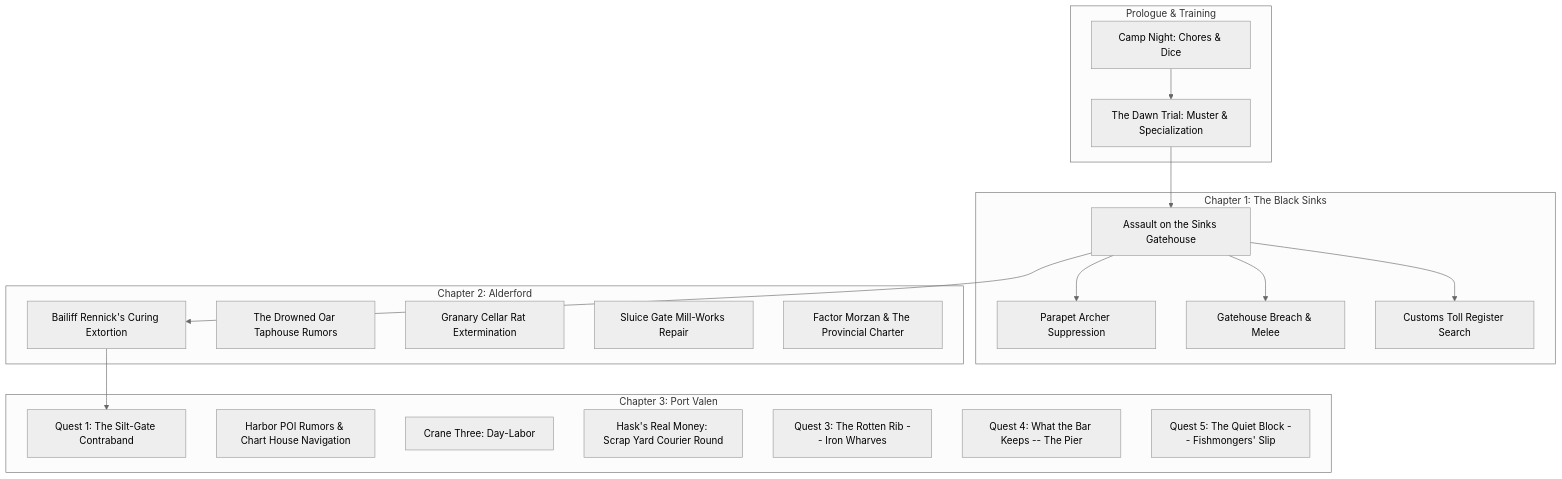
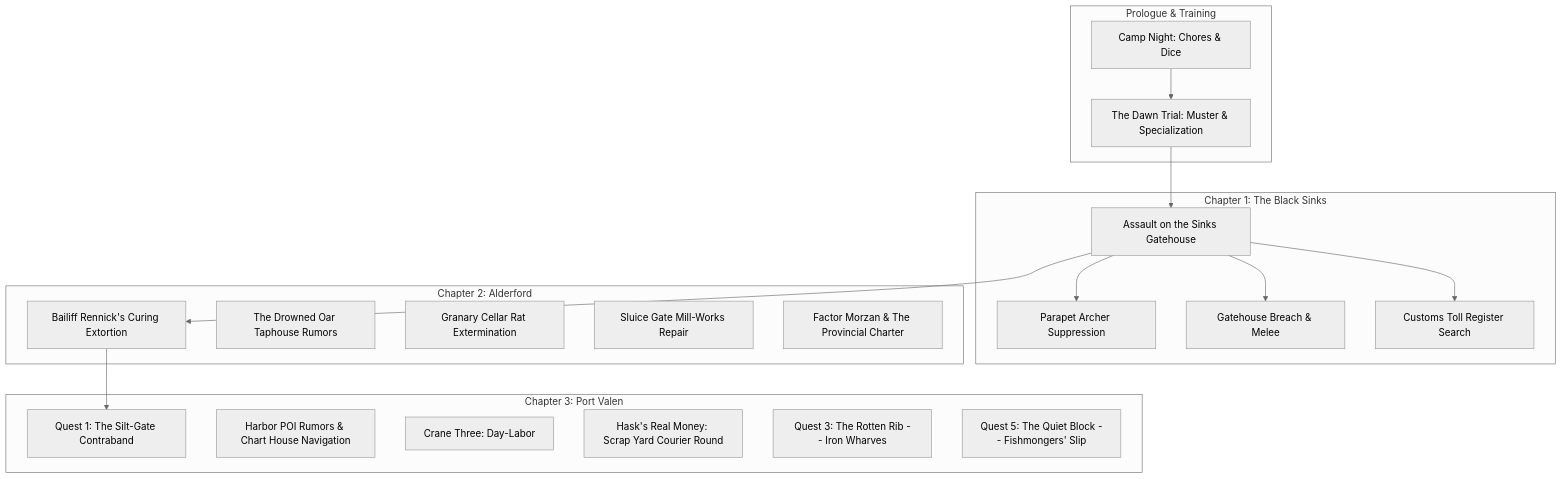
The diagram in quest/QUESTS.md (Kingskunk/A-Mercenaries-Life), drawn with Mermaid (neutral theme) before and after one commit. The commit also changed other lines of this file and 14 other files, not shown here.

````diff
--- a/quest/QUESTS.md
+++ b/quest/QUESTS.md
@@ -25,35 +25,34 @@
 ```mermaid
 graph TD
     subgraph Prologue & Training
         Q0["Camp Night: Chores & Dice"] --> Q1["The Dawn Trial: Muster & Specialization"]
     end
 
     subgraph Chapter 1: The Black Sinks
         Q2["Assault on the Sinks Gatehouse"]
         Q2 --> Q2A["Parapet Archer Suppression"]
         Q2 --> Q2B["Gatehouse Breach & Melee"]
         Q2 --> Q2C["Customs Toll Register Search"]
     end
 
     subgraph Chapter 2: Alderford
         Q3["Bailiff Rennick's Curing Extortion"]
         Q4["The Drowned Oar Taphouse Rumors"]
         Q5["Granary Cellar Rat Extermination"]
         Q6["Sluice Gate Mill-Works Repair"]
         Q7["Factor Morzan & The Provincial Charter"]
     end
 
     subgraph Chapter 3: Port Valen
         Q8["Quest 1: The Silt-Gate Contraband"]
         Q9["Harbor POI Rumors & Chart House Navigation"]
         Q11["Crane Three: Day-Labor"]
         Q15["Hask's Real Money: Scrap Yard Courier Round"]
         Q12["Quest 3: The Rotten Rib -- Iron Wharves"]
-        Q13["Quest 4: What the Bar Keeps -- The Pier"]
         Q14["Quest 5: The Quiet Block -- Fishmongers' Slip"]
     end
 
     Q1 --> Q2
     Q2 --> Q3
     Q3 --> Q8
 ```
````
